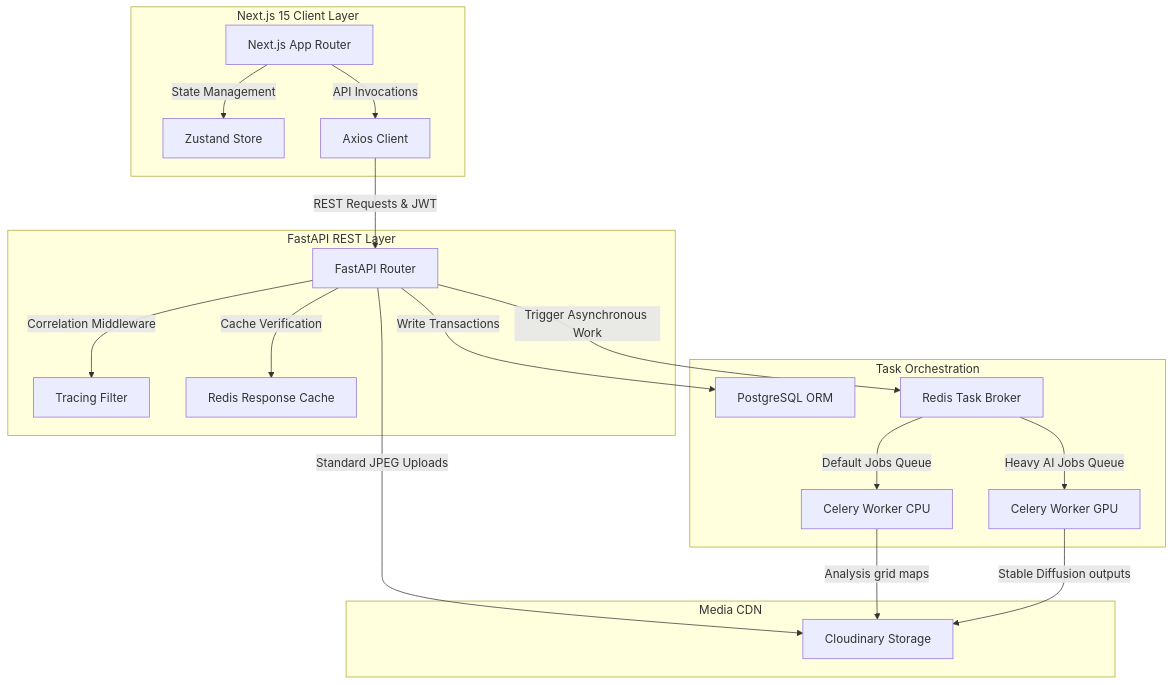
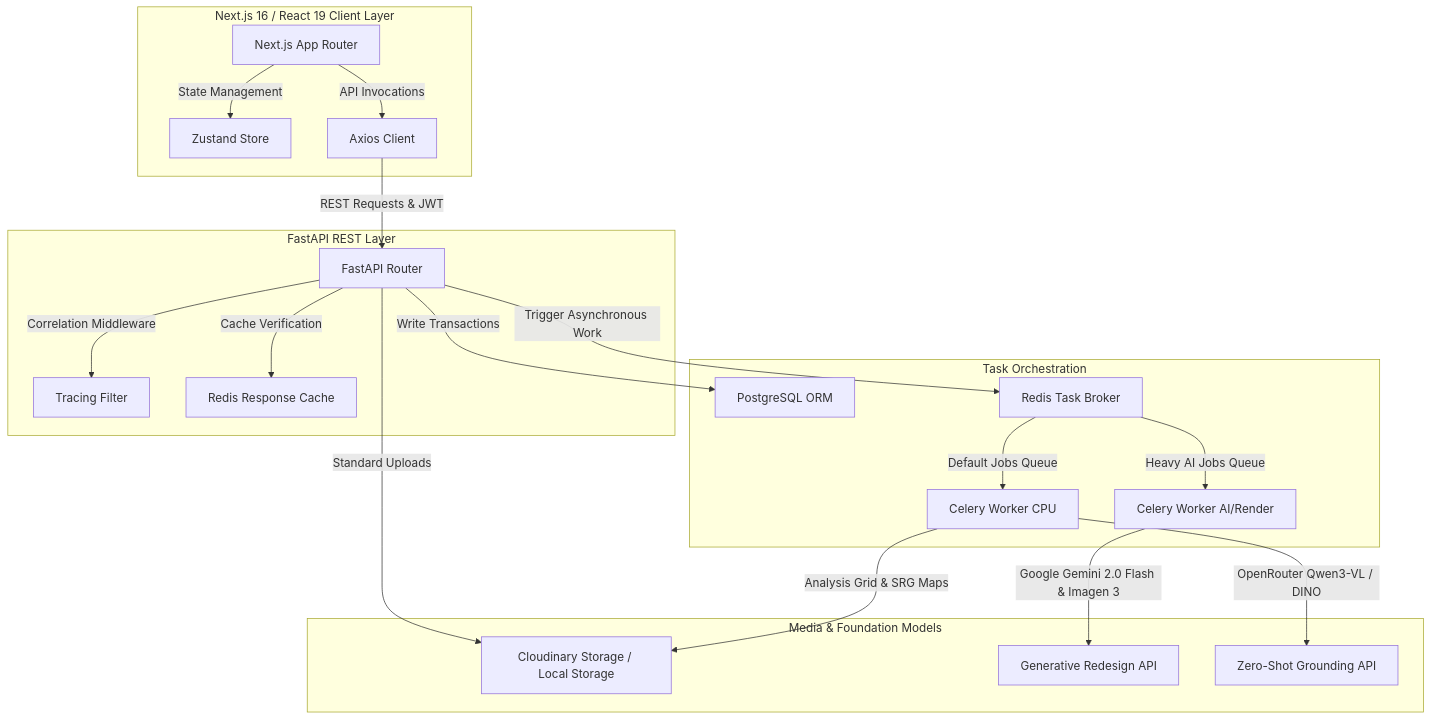
One commit to Ayushaggarwal05/Home_Decor_AI changed the first of 3 diagrams in ARCHITECTURE.md. Above: the diagram before and after it, drawn with Mermaid. The commit also changed other lines of this file and 7 other files, not shown here.

````diff
--- a/ARCHITECTURE.md
+++ b/ARCHITECTURE.md
@@ -11,26 +11,27 @@
 ```mermaid
 graph TD
-    subgraph Frontend Client [Next.js 15 Client Layer]
+    subgraph Frontend Client [Next.js 16 / React 19 Client Layer]
         A[Next.js App Router] -->|State Management| B[Zustand Store]
         A -->|API Invocations| C[Axios Client]
     end
 
     subgraph Backend API [FastAPI REST Layer]
         C -->|REST Requests & JWT| D[FastAPI Router]
         D -->|Correlation Middleware| E[Tracing Filter]
         D -->|Cache Verification| F[Redis Response Cache]
     end
 
     subgraph Broker & Queue [Task Orchestration]
         D -->|Write Transactions| G[PostgreSQL ORM]
         D -->|Trigger Asynchronous Work| H[Redis Task Broker]
         H -->|Default Jobs Queue| I[Celery Worker CPU]
-        H -->|Heavy AI Jobs Queue| J[Celery Worker GPU]
+        H -->|Heavy AI Jobs Queue| J[Celery Worker AI/Render]
     end
 
-    subgraph External Storage [Media CDN]
-        D -->|Standard JPEG Uploads| K[Cloudinary Storage]
-        I -->|Analysis grid maps| K
-        J -->|Stable Diffusion outputs| K
+    subgraph External Storage & Multimodal APIs [Media & Foundation Models]
+        D -->|Standard Uploads| K[Cloudinary Storage / Local Storage]
+        I -->|Analysis Grid & SRG Maps| K
+        J -->|Google Gemini 2.0 Flash & Imagen 3| L[Generative Redesign API]
+        I -->|OpenRouter Qwen3-VL / DINO| M[Zero-Shot Grounding API]
     end
 ```
````
